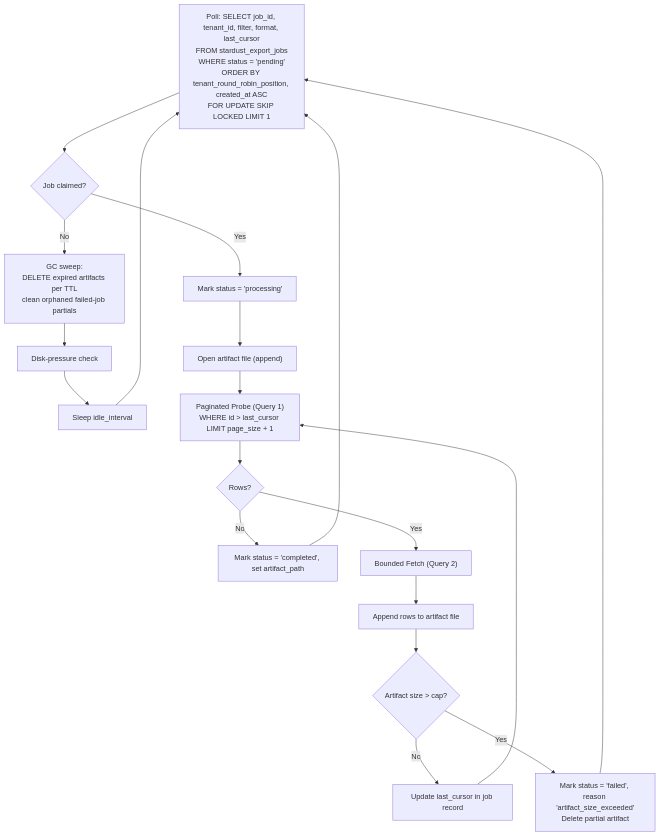
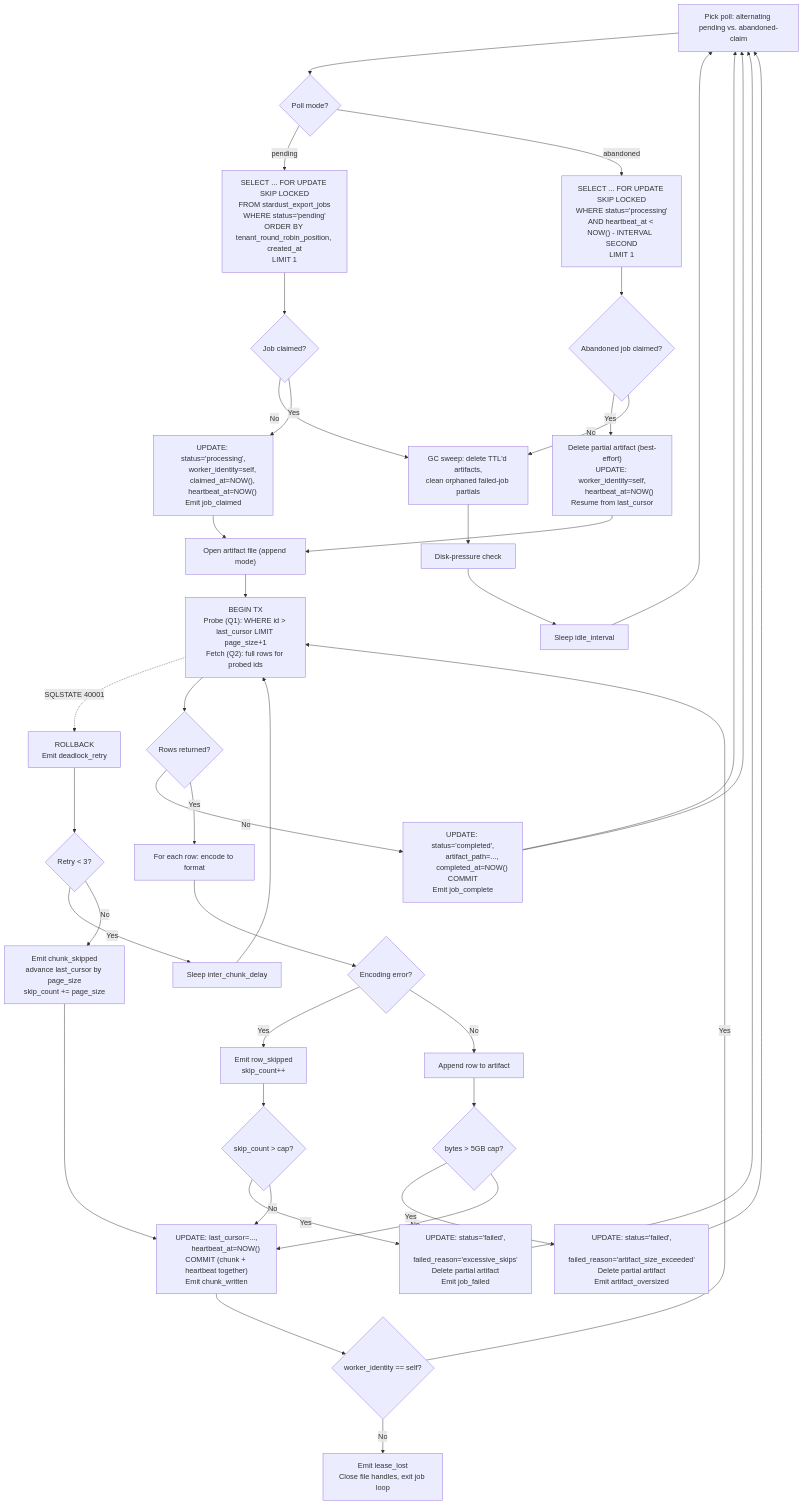
The diagram in blueprints/chronicler_daemon.md (damarbob/SDDPG), drawn with Mermaid before and after one commit. The commit also changed other lines of this file and 2 other files, not shown here.

````diff
--- a/blueprints/chronicler_daemon.md
+++ b/blueprints/chronicler_daemon.md
@@ -50,21 +84,43 @@
 ```mermaid
 flowchart TD
-    C1["Poll: SELECT job_id, tenant_id, filter, format, last_cursor\nFROM stardust_export_jobs\nWHERE status = 'pending'\nORDER BY tenant_round_robin_position, created_at ASC\nFOR UPDATE SKIP LOCKED LIMIT 1"] --> C2{"Job claimed?"}
-    C2 -- No --> C3["GC sweep:\nDELETE expired artifacts per TTL\nclean orphaned failed-job partials"]
+    C0["Pick poll: alternating pending vs. abandoned-claim"] --> C1{"Poll mode?"}
+    C1 -- "pending" --> CP1["SELECT ... FOR UPDATE SKIP LOCKED\nFROM stardust_export_jobs\nWHERE status='pending'\nORDER BY tenant_round_robin_position, created_at\nLIMIT 1"]
+    C1 -- "abandoned" --> CA1["SELECT ... FOR UPDATE SKIP LOCKED\nWHERE status='processing'\nAND heartbeat_at < NOW() - INTERVAL <lease_timeout> SECOND\nLIMIT 1"]
+    CP1 --> C2{"Job claimed?"}
+    CA1 --> CA2{"Abandoned job claimed?"}
+    CA2 -- Yes --> CA3["Delete partial artifact (best-effort)\nUPDATE: worker_identity=self,\n       heartbeat_at=NOW()\nResume from last_cursor"]
+    CA3 --> C7
+    CA2 -- No --> C3
+    C2 -- No --> C3["GC sweep: delete TTL'd artifacts,\nclean orphaned failed-job partials"]
     C3 --> C4["Disk-pressure check"]
     C4 --> C5["Sleep idle_interval"]
-    C5 --> C1
-    C2 -- Yes --> C6["Mark status = 'processing'"]
-    C6 --> C7["Open artifact file (append)"]
-    C7 --> C8["Paginated Probe (Query 1)\nWHERE id > last_cursor LIMIT page_size + 1"]
-    C8 --> C9{"Rows?"}
-    C9 -- No --> C10["Mark status = 'completed', set artifact_path"]
-    C10 --> C1
-    C9 -- Yes --> C11["Bounded Fetch (Query 2)"]
-    C11 --> C12["Append rows to artifact file"]
-    C12 --> C13{"Artifact size > cap?"}
-    C13 -- Yes --> C14["Mark status = 'failed', reason 'artifact_size_exceeded'\nDelete partial artifact"]
-    C14 --> C1
-    C13 -- No --> C15["Update last_cursor in job record"]
-    C15 --> C8
+    C5 --> C0
+    C2 -- Yes --> C6["UPDATE: status='processing',\n         worker_identity=self,\n         claimed_at=NOW(),\n         heartbeat_at=NOW()\nEmit job_claimed"]
+    C6 --> C7["Open artifact file (append mode)"]
+    C7 --> C8["BEGIN TX\nProbe (Q1): WHERE id > last_cursor LIMIT page_size+1\nFetch (Q2): full rows for probed ids"]
+    C8 -.SQLSTATE 40001.-> CD1["ROLLBACK\nEmit deadlock_retry"]
+    CD1 --> CD2{"Retry < 3?"}
+    CD2 -- Yes --> CD3["Sleep inter_chunk_delay"]
+    CD3 --> C8
+    CD2 -- No --> CD4["Emit chunk_skipped\nadvance last_cursor by page_size\nskip_count += page_size"]
+    CD4 --> C12
+    C8 --> C9{"Rows returned?"}
+    C9 -- No --> C10["UPDATE: status='completed',\n         artifact_path=...,\n         completed_at=NOW()\nCOMMIT\nEmit job_complete"]
+    C10 --> C0
+    C9 -- Yes --> C11["For each row: encode to format"]
+    C11 --> C11A{"Encoding error?"}
+    C11A -- Yes --> C11B["Emit row_skipped\nskip_count++"]
+    C11B --> C11C{"skip_count > cap?"}
+    C11C -- Yes --> C13["UPDATE: status='failed',\n         failed_reason='excessive_skips'\nDelete partial artifact\nEmit job_failed"]
+    C11C -- No --> C12
+    C11A -- No --> C11D["Append row to artifact"]
+    C11D --> C11E{"bytes > 5GB cap?"}
+    C11E -- Yes --> C14["UPDATE: status='failed',\n         failed_reason='artifact_size_exceeded'\nDelete partial artifact\nEmit artifact_oversized"]
+    C11E -- No --> C12["UPDATE: last_cursor=...,\n         heartbeat_at=NOW()\nCOMMIT (chunk + heartbeat together)\nEmit chunk_written"]
+    C12 --> C12A{"worker_identity == self?"}
+    C12A -- No --> C12B["Emit lease_lost\nClose file handles, exit job loop"]
+    C12A -- Yes --> C8
+    C13 --> C0
+    C14 --> C0
+    C10 --> C0
 ```
````
